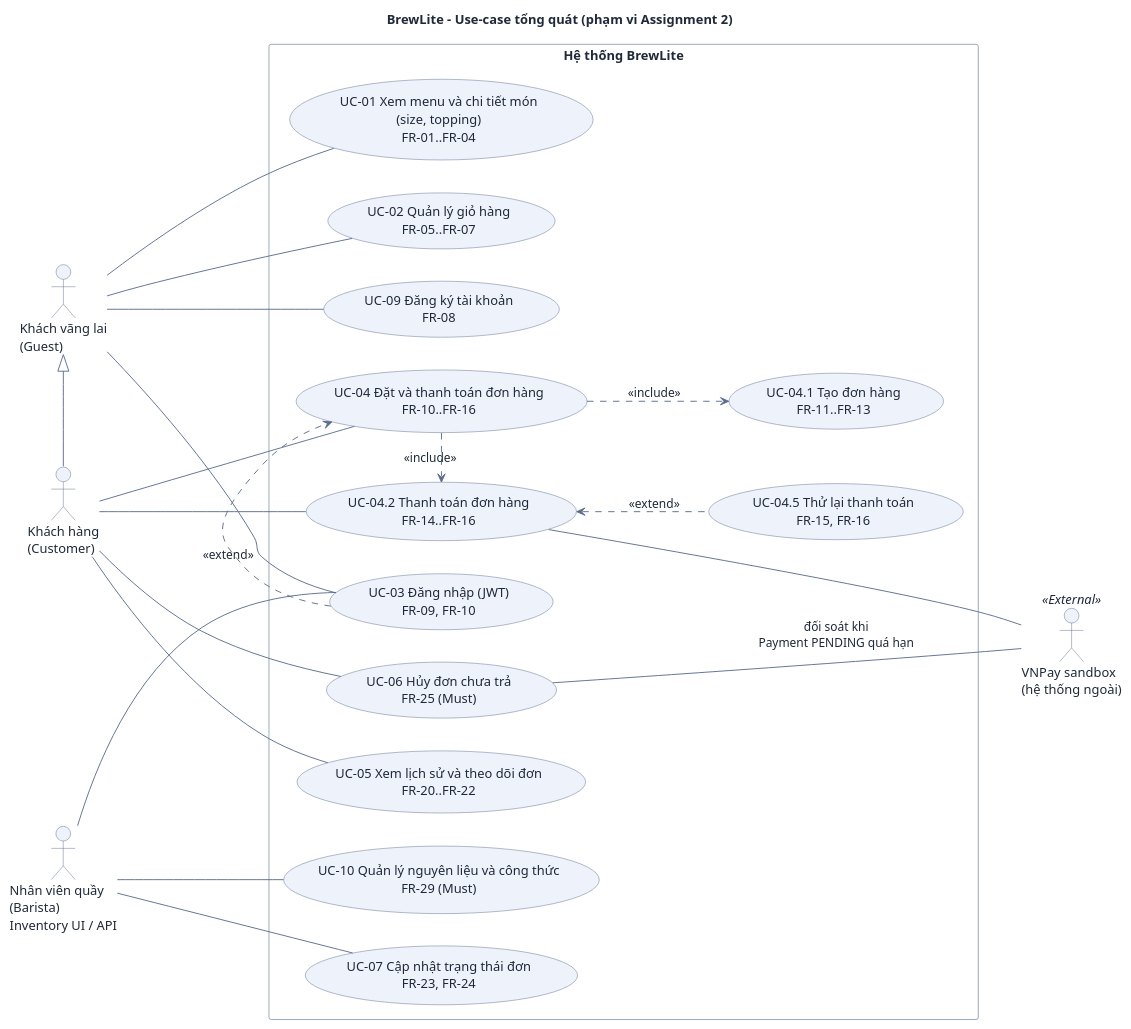
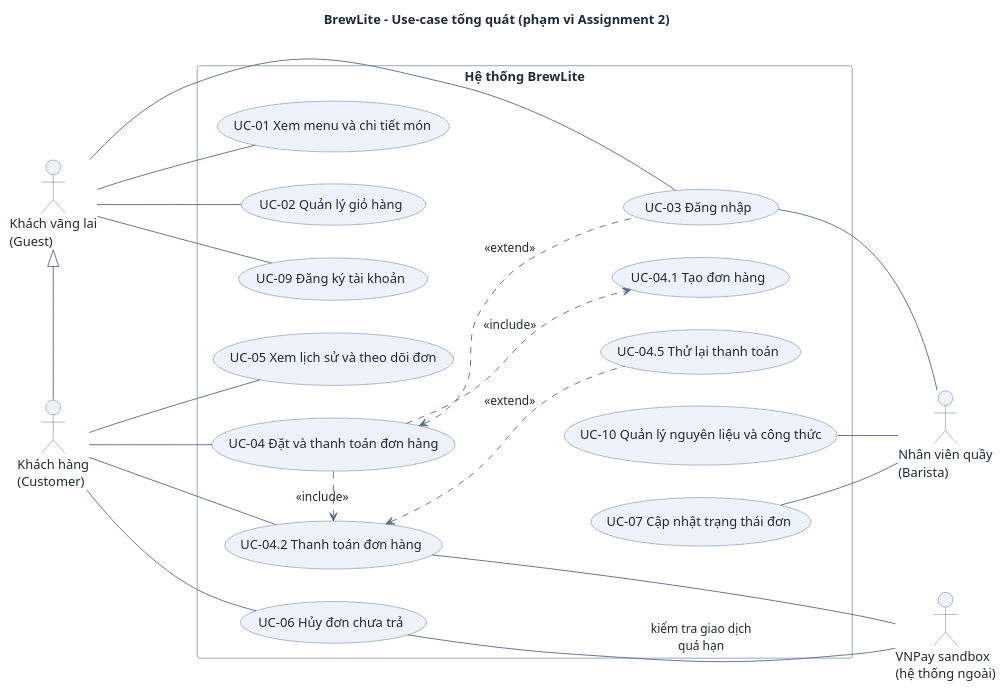
The diagram in docs/requirements/use-case-overview.puml (DuVinhLoi/BrewLite), drawn with PlantUML before and after one commit. The commit also changed 5 other files, not shown here.

First line of the commit message:
docs(uc): simplify use-case diagrams and fix their layout

```diff
--- a/docs/requirements/use-case-overview.puml
+++ b/docs/requirements/use-case-overview.puml
@@ -1,69 +1,72 @@
 @startuml use-case-overview
-' BrewLite A2 - Use-case diagram tong quat (de A2 3.2 muc 5). Nguon: docs/requirements/srs.md muc 2.
+' BrewLite A2 - Use-case diagram tong quat (de A2 3.2 muc 5). Nguon va ma yeu cau: docs/requirements/srs.md muc 2.
 skinparam DefaultFontColor #1f2937
 skinparam ArrowColor #5b6b8c
 skinparam ArrowFontColor #1f2937
-skinparam PackageBackgroundColor #f8fafc
-skinparam PackageBorderColor #94a3b8
 skinparam RectangleBackgroundColor #ffffff
 skinparam RectangleBorderColor #94a3b8
 skinparam ActorBackgroundColor #eef2fb
 skinparam ActorBorderColor #5b6b8c
 skinparam UsecaseBackgroundColor #eef2fb
 skinparam UsecaseBorderColor #5b6b8c
 skinparam Shadowing false
 
 left to right direction
 
 title BrewLite - Use-case tổng quát (phạm vi Assignment 2)
 
 actor "Khách vãng lai\n(Guest)" as Guest
 actor "Khách hàng\n(Customer)" as Customer
-actor "Nhân viên quầy\n(Barista)\nInventory UI / API" as Barista
-actor "VNPay sandbox\n(hệ thống ngoài)" as Pay <<External>>
-
+actor "Nhân viên quầy\n(Barista)" as Barista
+actor "VNPay sandbox\n(hệ thống ngoài)" as Pay
 
 rectangle "Hệ thống BrewLite" {
-  usecase "UC-01 Xem menu và chi tiết món\n(size, topping)\nFR-01..FR-04" as UC01
-  usecase "UC-02 Quản lý giỏ hàng\nFR-05..FR-07" as UC02
-  usecase "UC-03 Đăng nhập (JWT)\nFR-09, FR-10" as UC03
-  usecase "UC-09 Đăng ký tài khoản\nFR-08" as UC09
-  usecase "UC-04 Đặt và thanh toán đơn hàng\nFR-10..FR-16" as UC04
-  usecase "UC-04.1 Tạo đơn hàng\nFR-11..FR-13" as UC041
-  usecase "UC-04.2 Thanh toán đơn hàng\nFR-14..FR-16" as UC042
-  usecase "UC-04.5 Thử lại thanh toán\nFR-15, FR-16" as UC045
-  usecase "UC-05 Xem lịch sử và theo dõi đơn\nFR-20..FR-22" as UC05
-  usecase "UC-06 Hủy đơn chưa trả\nFR-25 (Must)" as UC06
-  usecase "UC-10 Quản lý nguyên liệu và công thức\nFR-29 (Must)" as UC10
-  usecase "UC-07 Cập nhật trạng thái đơn\nFR-23, FR-24" as UC07
+  usecase "UC-01 Xem menu và chi tiết món" as UC01
+  usecase "UC-02 Quản lý giỏ hàng" as UC02
+  usecase "UC-09 Đăng ký tài khoản" as UC09
+  usecase "UC-03 Đăng nhập" as UC03
+  usecase "UC-04 Đặt và thanh toán đơn hàng" as UC04
+  usecase "UC-04.1 Tạo đơn hàng" as UC041
+  usecase "UC-04.2 Thanh toán đơn hàng" as UC042
+  usecase "UC-04.5 Thử lại thanh toán" as UC045
+  usecase "UC-06 Hủy đơn chưa trả" as UC06
+  usecase "UC-05 Xem lịch sử và theo dõi đơn" as UC05
+  usecase "UC-07 Cập nhật trạng thái đơn" as UC07
+  usecase "UC-10 Quản lý nguyên liệu và công thức" as UC10
 }
 
 Guest <|- Customer
 
 Guest --- UC01
 Guest --- UC02
-Guest --- UC03
 Guest --- UC09
+Guest ---- UC03
 
 Customer --- UC04
+Customer --- UC042
+Customer --- UC06
 Customer --- UC05
-Customer --- UC06
-Customer --- UC042
 
-Barista --- UC03
-Barista --- UC07
-Barista --- UC10
+UC04 <.. UC03 : <<extend>>
+UC04 .> UC042 : <<include>>
+UC04 ..> UC041 : <<include>>
+UC042 <.. UC045 : <<extend>>
 
-UC04 ..> UC041 : <<include>>
-UC04 .> UC042 : <<include>>
-UC042 <.. UC045 : <<extend>>
-UC03 .> UC04 : <<extend>>
+UC01 -[hidden]> UC02
+UC02 -[hidden]> UC09
+UC09 -[hidden]> UC04
 UC042 -[hidden]> UC06
 UC06 -[hidden]> UC05
-UC05 -[hidden]> UC10
-UC10 -[hidden]> UC07
+
+UC07 -- Barista
+UC10 -- Barista
+UC07 -[hidden]> UC10
+UC10 -[hidden]> UC03
+UC03 -- Barista
+UC03 -[hidden]> UC041
+UC041 -[hidden]> UC045
 
 UC042 --- Pay
-UC06 --- Pay : đối soát khi\nPayment PENDING quá hạn
+UC06 --- Pay : kiểm tra giao dịch\nquá hạn
 
 @enduml
```
